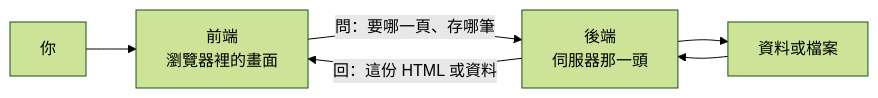
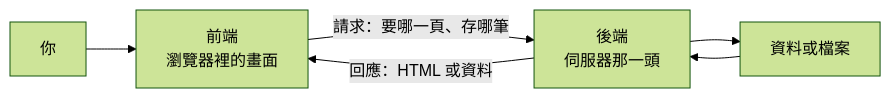
Before and after one commit to summer10920/summer10920.github.io: the third of 4 diagrams in source/_posts/lokiTech-15day-01-tools.md, drawn with Mermaid (forest theme). The commit also changed other lines of this file and 17 other files, not shown here.

```diff
--- a/source/_posts/lokiTech-15day-01-tools.md
+++ b/source/_posts/lokiTech-15day-01-tools.md
@@ -127,7 +121,7 @@
 {% mermaid graph LR %}
 you["你"] --> fe["前端<br/>瀏覽器裡的畫面"]
-fe -->|"問：要哪一頁、存哪筆"| be["後端<br/>伺服器那一頭"]
+fe -->|"請求：要哪一頁、存哪筆"| be["後端<br/>伺服器那一頭"]
 be --> data["資料或檔案"]
 data --> be
-be -->|"回：這份 HTML 或資料"| fe
+be -->|"回應：HTML 或資料"| fe
 {% endmermaid %}
```
